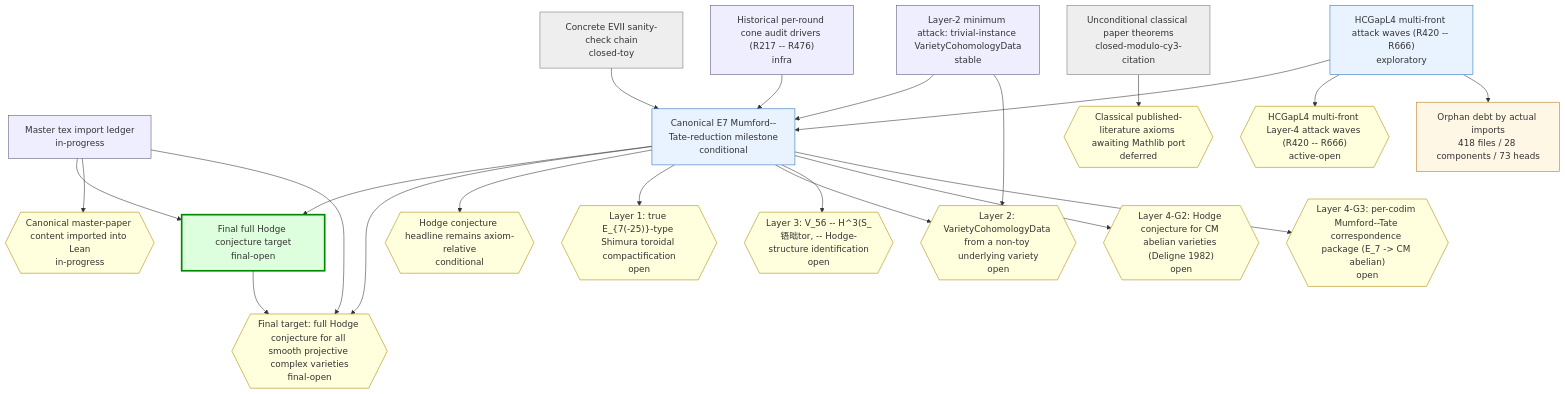
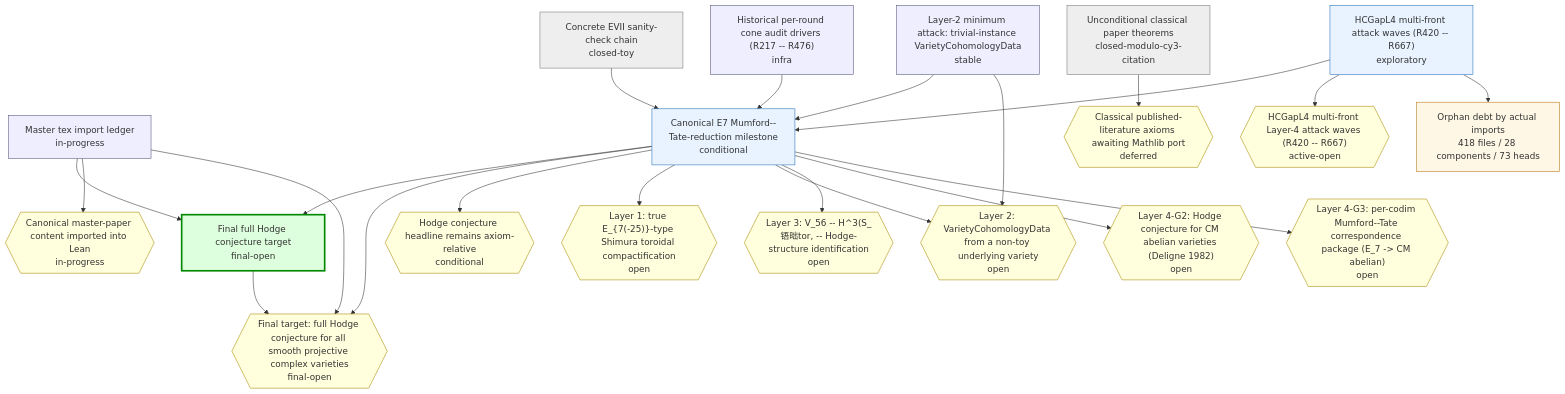
One commit to crabsatellite/hodge-conjecture-lean4-formalization changed the first of 2 diagrams in chain-status/research-map.md. Above: the diagram before and after it, drawn with Mermaid. The commit also changed other lines of this file and 8 other files, not shown here.

````diff
--- a/chain-status/research-map.md
+++ b/chain-status/research-map.md
@@ -46,54 +46,54 @@
 ```mermaid
 graph TD
   classDef main fill:#dfd,stroke:#080,stroke-width:3px
   classDef active fill:#e8f3ff,stroke:#2670b8
   classDef support fill:#eef,stroke:#557
   classDef closed fill:#eee,stroke:#777
   classDef dead fill:#fdd,stroke:#a00,stroke-width:2px
   classDef gapOpen fill:#ffd,stroke:#a80
   classDef gapClosed fill:#eee,stroke:#777
   classDef gapDead fill:#fdd,stroke:#a00
   classDef debt fill:#fff7e6,stroke:#b87514
   classDef debtTaxonomy fill:#e8f3ff,stroke:#2670b8,stroke-dasharray:3 3
   classDef debtRule fill:#eefbea,stroke:#398439,stroke-dasharray:3 3
   classDef debtDead fill:#fdd,stroke:#a00,stroke-dasharray:3 3
   chain_full_hc_final_target["Final full Hodge conjecture target\nfinal-open"]:::main
   chain_master_paper_import_ledger["Master tex import ledger\nin-progress"]:::support
   chain_main_hc_axiom_relative["Canonical E7 Mumford--Tate-reduction milestone\nconditional"]:::active
   chain_unconditional_classical["Unconditional classical paper theorems\nclosed-modulo-cy3-citation"]:::closed
   chain_hcgap_l2_trivial_instances["Layer-2 minimum attack: trivial-instance VarietyCohomologyData\nstable"]:::support
-  chain_hcgap_l4_multifront_active["HCGapL4 multi-front attack waves (R420 -- R666)\nexploratory"]:::active
+  chain_hcgap_l4_multifront_active["HCGapL4 multi-front attack waves (R420 -- R667)\nexploratory"]:::active
   chain_concrete_evii_toy["Concrete EVII sanity-check chain\nclosed-toy"]:::closed
   chain_historical_cone_audits["Historical per-round cone audit drivers (R217 -- R476)\ninfra"]:::support
   gap_G_full_hc{{"Final target: full Hodge conjecture for all smooth projective complex varieties\nfinal-open"}}:::gapOpen
   gap_G_master_paper_import{{"Canonical master-paper content imported into Lean\nin-progress"}}:::gapOpen
   gap_G_main_hc{{"Hodge conjecture headline remains axiom-relative\nconditional"}}:::gapOpen
   gap_G_l1_e7_shimura_tor{{"Layer 1: true E_{7(-25)}-type Shimura toroidal compactification\nopen"}}:::gapOpen
   gap_G_l2_cohomology_construction{{"Layer 2: VarietyCohomologyData from a non-toy underlying variety\nopen"}}:::gapOpen
   gap_G_l3_v56_mt_identification{{"Layer 3: V_56 -- H^3(S_铻昢tor, -- Hodge-structure identification\nopen"}}:::gapOpen
   gap_G_l4_cm_abelian_hc{{"Layer 4-G2: Hodge conjecture for CM abelian varieties (Deligne 1982)\nopen"}}:::gapOpen
   gap_G_l4_mt_correspondence{{"Layer 4-G3: per-codim Mumford--Tate correspondence package (E_7 -> CM abelian)\nopen"}}:::gapOpen
   gap_G_classical_mathlib_port{{"Classical published-literature axioms awaiting Mathlib port\ndeferred"}}:::gapOpen
-  gap_G_hcgap_l4_multifront{{"HCGapL4 multi-front Layer-4 attack waves (R420 -- R666)\nactive-open"}}:::gapOpen
+  gap_G_hcgap_l4_multifront{{"HCGapL4 multi-front Layer-4 attack waves (R420 -- R667)\nactive-open"}}:::gapOpen
   chain_full_hc_final_target --> gap_G_full_hc
   chain_master_paper_import_ledger --> chain_full_hc_final_target
   chain_master_paper_import_ledger --> gap_G_master_paper_import
   chain_master_paper_import_ledger --> gap_G_full_hc
   chain_main_hc_axiom_relative --> chain_full_hc_final_target
   chain_main_hc_axiom_relative --> gap_G_full_hc
   chain_main_hc_axiom_relative --> gap_G_main_hc
   chain_main_hc_axiom_relative --> gap_G_l1_e7_shimura_tor
   chain_main_hc_axiom_relative --> gap_G_l2_cohomology_construction
   chain_main_hc_axiom_relative --> gap_G_l3_v56_mt_identification
   chain_main_hc_axiom_relative --> gap_G_l4_cm_abelian_hc
   chain_main_hc_axiom_relative --> gap_G_l4_mt_correspondence
   chain_unconditional_classical --> gap_G_classical_mathlib_port
   chain_hcgap_l2_trivial_instances --> chain_main_hc_axiom_relative
   chain_hcgap_l2_trivial_instances --> gap_G_l2_cohomology_construction
   chain_hcgap_l4_multifront_active --> chain_main_hc_axiom_relative
   chain_hcgap_l4_multifront_active --> gap_G_hcgap_l4_multifront
   chain_concrete_evii_toy --> chain_main_hc_axiom_relative
   chain_historical_cone_audits --> chain_main_hc_axiom_relative
   debt_all["Orphan debt by actual imports\n418 files / 28 components / 73 heads"]:::debt
   chain_hcgap_l4_multifront_active --> debt_all
 ```
````
